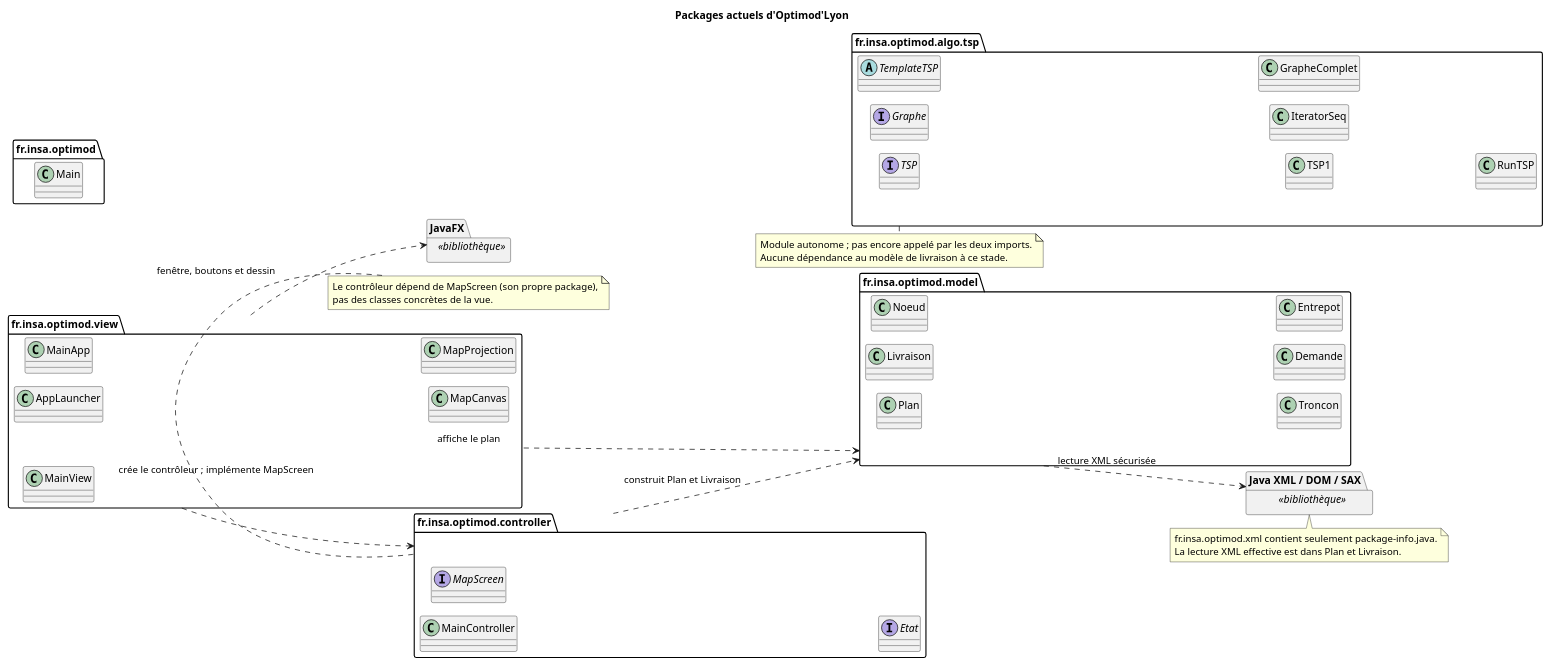
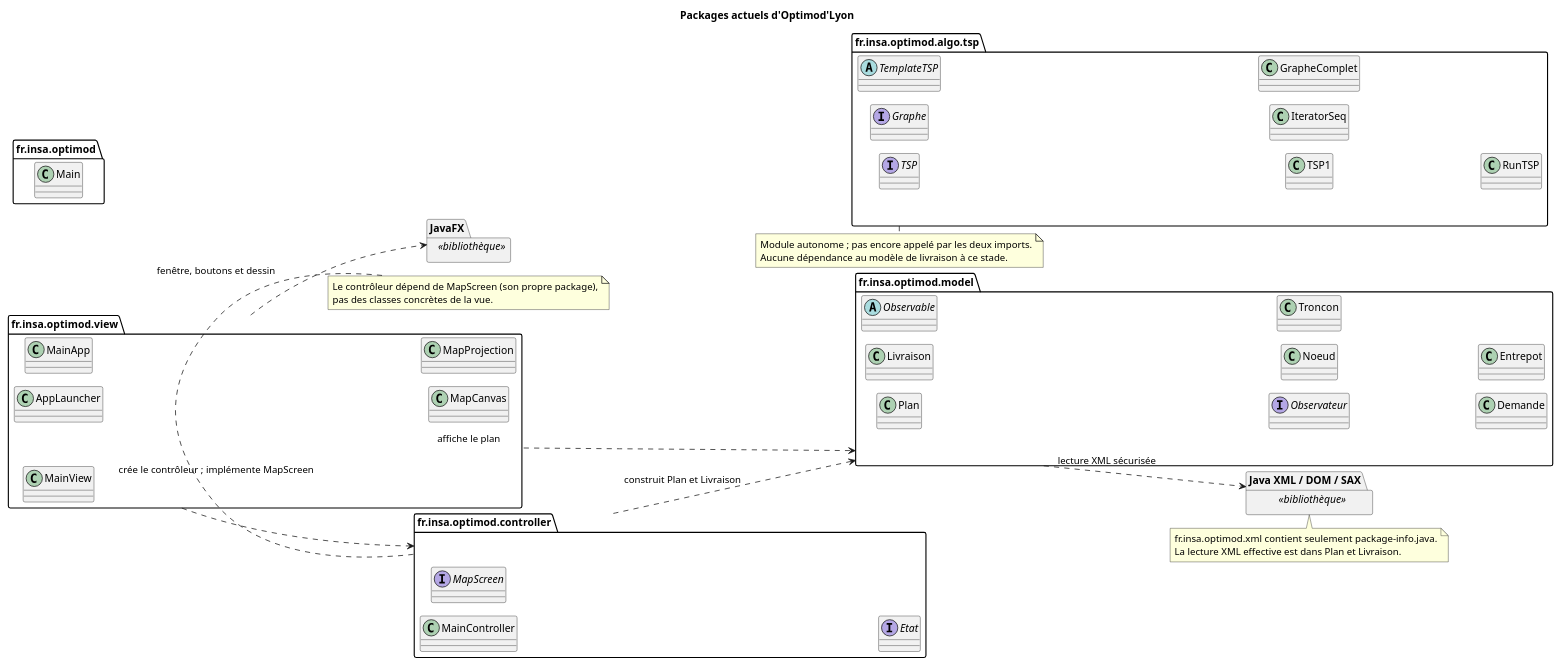
Before and after one commit to tristanhp/Optimod-Lyon: the diagram in docs/diagrams/packages-actuels.puml, drawn with PlantUML. The commit also changed 11 other files, not shown here.

```diff
--- a/docs/diagrams/packages-actuels.puml
+++ b/docs/diagrams/packages-actuels.puml
@@ -1,58 +1,60 @@
 @startuml packages-actuels
 !pragma layout smetana
 title Packages actuels d'Optimod'Lyon
 left to right direction
 package "fr.insa.optimod" as principal {
  class Main
 }
 package "fr.insa.optimod.view" as vue {
  class AppLauncher
  class MainApp
  class MainView
  class MapCanvas
  class MapProjection
 }
 package "fr.insa.optimod.controller" as controleur {
  class MainController
  interface MapScreen
  interface Etat
 }
 package "fr.insa.optimod.model" as modele {
  class Plan
  class Livraison
+ abstract class Observable
+ interface Observateur
  class Noeud
  class Troncon
  class Demande
  class Entrepot
 }
 package "fr.insa.optimod.algo.tsp" as algorithmes {
  interface TSP
  interface Graphe
  abstract class TemplateTSP
  class TSP1
  class IteratorSeq
  class GrapheComplet
  class RunTSP
 }
 package "JavaFX" as javafx <<bibliothèque>> {
 }
 package "Java XML / DOM / SAX" as lectureXml <<bibliothèque>> {
 }
 vue ..> controleur : crée le contrôleur ; implémente MapScreen
 vue ..> modele : affiche le plan
 controleur ..> modele : construit Plan et Livraison
 vue ..> javafx : fenêtre, boutons et dessin
 modele ..> lectureXml : lecture XML sécurisée
 note bottom of controleur
 Le contrôleur dépend de MapScreen (son propre package),
 pas des classes concrètes de la vue.
 end note
 note bottom of algorithmes
 Module autonome ; pas encore appelé par les deux imports.
 Aucune dépendance au modèle de livraison à ce stade.
 end note
 note bottom of lectureXml
 fr.insa.optimod.xml contient seulement package-info.java.
 La lecture XML effective est dans Plan et Livraison.
 end note
 @enduml
```
